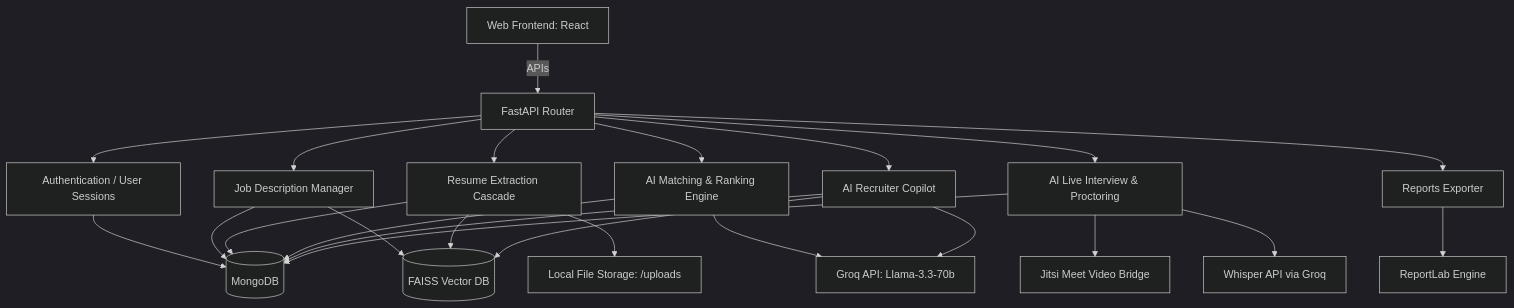
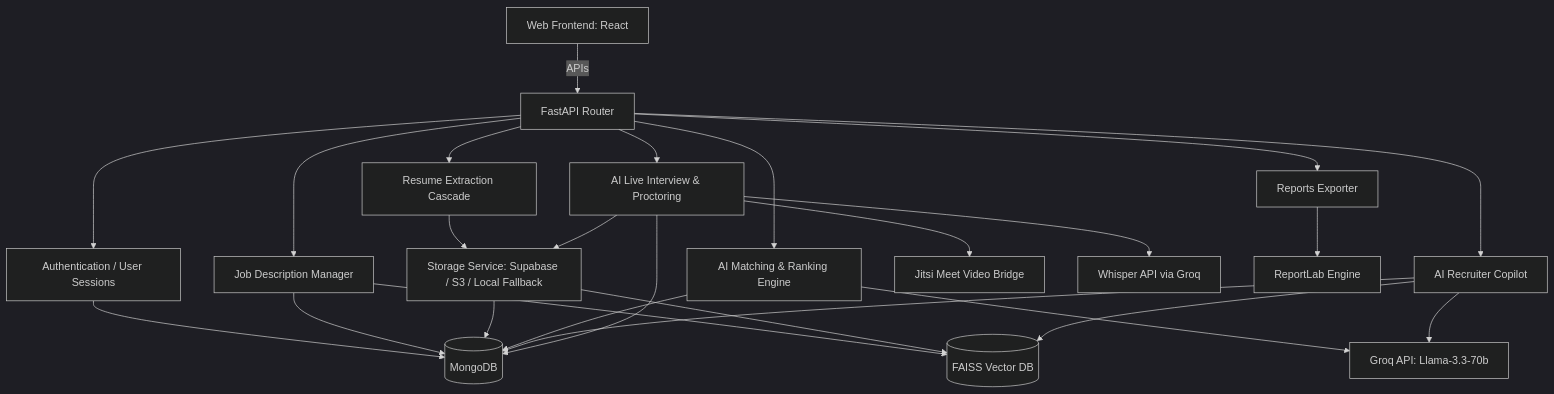
One commit to KanikaSharma1999/AI-Recruitment_tool changed the diagram in PROJECT_PIPELINE_DOCUMENTATION.md. Above: the diagram before and after it, drawn with Mermaid (dark theme). The commit also changed other lines of this file and 1 other file, not shown here.

````diff
--- a/PROJECT_PIPELINE_DOCUMENTATION.md
+++ b/PROJECT_PIPELINE_DOCUMENTATION.md
@@ -9,32 +9,34 @@
 ```mermaid
 graph TD
     Client[Web Frontend: React] -->|APIs| Gateway[FastAPI Router]
     
     Gateway --> Auth[Authentication / User Sessions]
     Gateway --> Jobs[Job Description Manager]
     Gateway --> Resumes[Resume Extraction Cascade]
     Gateway --> Matcher[AI Matching & Ranking Engine]
     Gateway --> Chatbot[AI Recruiter Copilot]
     Gateway --> Interviews[AI Live Interview & Proctoring]
     Gateway --> Reports[Reports Exporter]
     
     Auth --> MongoDB[(MongoDB)]
     Jobs --> MongoDB
     Jobs --> FAISS[(FAISS Vector DB)]
-    Resumes --> LocalFS[Local File Storage: /uploads]
-    Resumes --> MongoDB
-    Resumes --> FAISS
+    
+    Resumes --> StorageService[Storage Service: Supabase / S3 / Local Fallback]
+    StorageService --> MongoDB
+    StorageService --> FAISS
     
     Matcher --> Groq[Groq API: Llama-3.3-70b]
     Matcher --> MongoDB
     
     Chatbot --> FAISS
     Chatbot --> MongoDB
     Chatbot --> Groq
     
     Interviews --> Jitsi[Jitsi Meet Video Bridge]
     Interviews --> Whisper[Whisper API via Groq]
+    Interviews --> StorageService
     Interviews --> MongoDB
     
     Reports --> ReportLab[ReportLab Engine]
 ```
````
